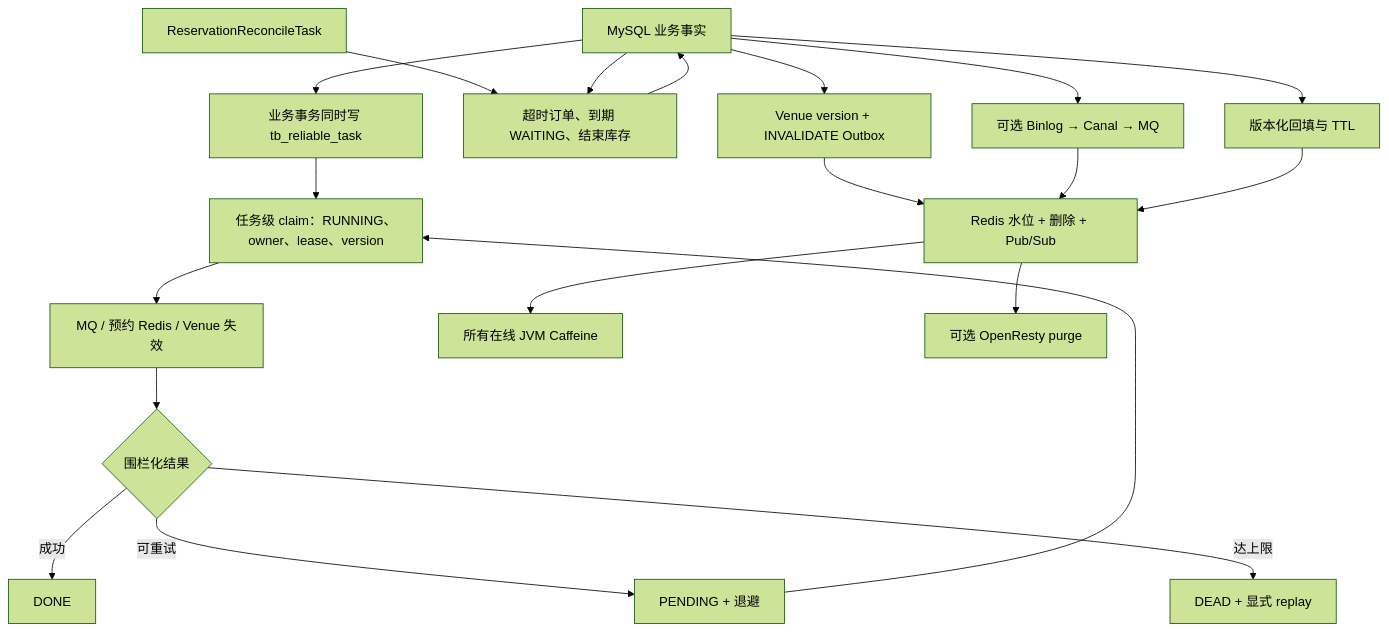
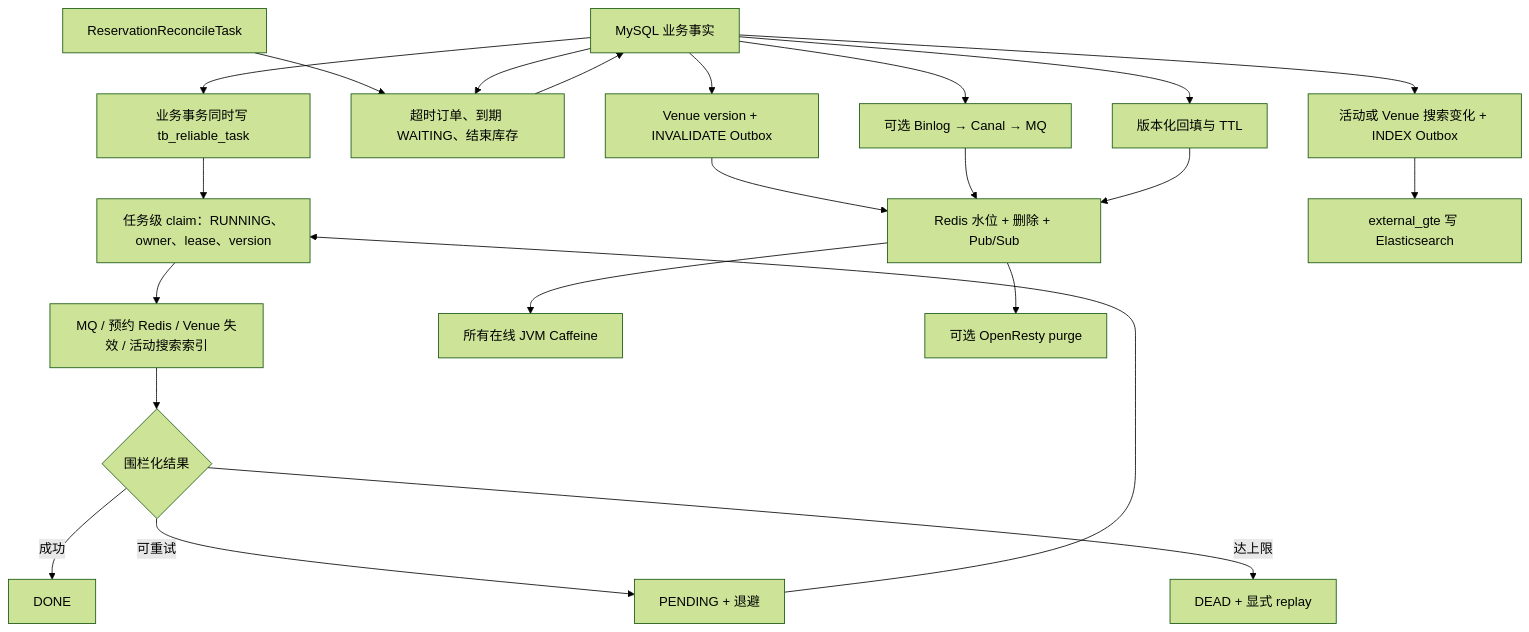
Before and after one commit to SyH-101/citypass-platform: diagram 12 of 13 in 04-最终一致性与缓存治理.md, drawn with Mermaid (forest theme). The commit also changed other lines of this file and 54 other files, not shown here.

````diff
--- a/04-最终一致性与缓存治理.md
+++ b/04-最终一致性与缓存治理.md
@@ -1091,22 +1095,24 @@
 ```mermaid
 flowchart TD
     DB["MySQL 业务事实"] --> TX["业务事务同时写 tb_reliable_task"]
     TX --> CLAIM["任务级 claim：RUNNING、owner、lease、version"]
-    CLAIM --> SIDE["MQ / 预约 Redis / Venue 失效"]
+    CLAIM --> SIDE["MQ / 预约 Redis / Venue 失效 / 活动搜索索引"]
     SIDE --> RESULT{"围栏化结果"}
     RESULT -->|成功| DONE["DONE"]
     RESULT -->|可重试| RETRY["PENDING + 退避"]
     RESULT -->|达上限| DEAD["DEAD + 显式 replay"]
     RETRY --> CLAIM
     REC["ReservationReconcileTask"] --> CHECK["超时订单、到期 WAITING、结束库存"]
     DB --> CHECK
     CHECK --> DB
     DB --> VOUT["Venue version + INVALIDATE Outbox"]
     VOUT --> VINV["Redis 水位 + 删除 + Pub/Sub"]
     VINV --> JVM["所有在线 JVM Caffeine"]
     VINV --> GW["可选 OpenResty purge"]
+    DB --> SOUT["活动或 Venue 搜索变化 + INDEX Outbox"]
+    SOUT --> ES["external_gte 写 Elasticsearch"]
     DB --> CANAL["可选 Binlog → Canal → MQ"]
     CANAL --> VINV
     DB --> READ["版本化回填与 TTL"]
     READ --> VINV
 ```
````
